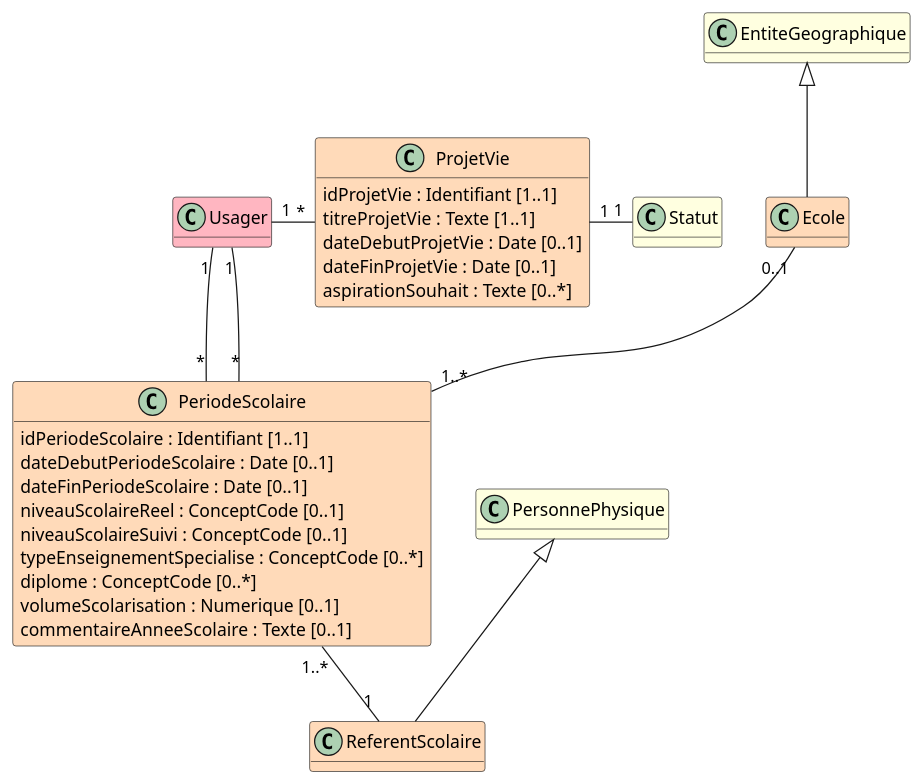
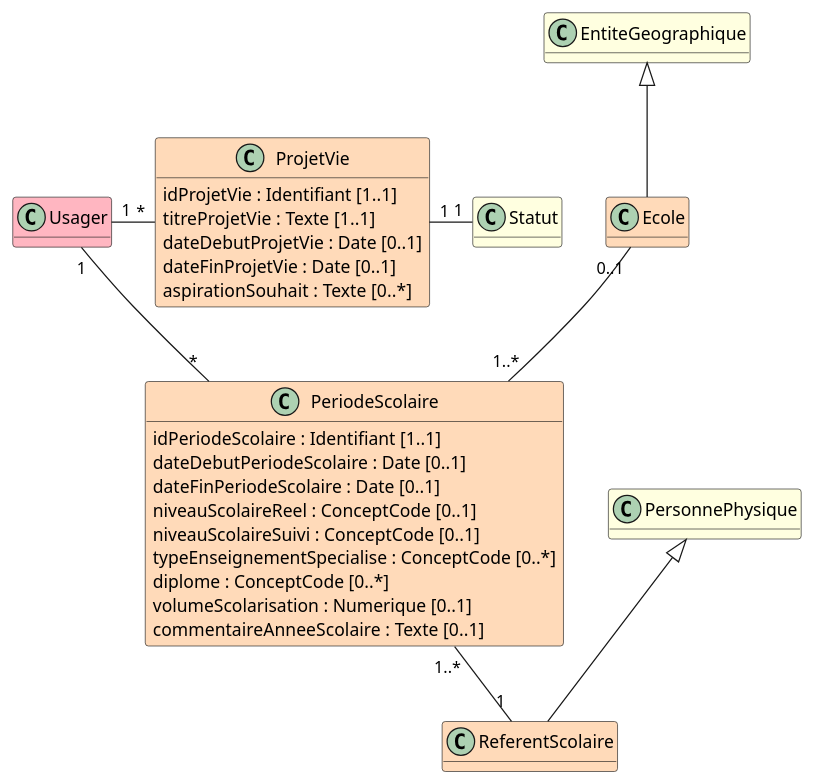
Before and after one commit to ansforge/IG-fhir-medicosocial-transfert-donnees-dui: the diagram in input/images-source/bloc_periode_scolaire.plantuml, drawn with PlantUML.

```diff
--- a/input/images-source/bloc_periode_scolaire.plantuml
+++ b/input/images-source/bloc_periode_scolaire.plantuml
@@ -1,50 +1,49 @@
 @startuml
 
 hide empty methods
 
 class Usager #LightPink
 
 
 class Statut #LightYellow 
 
 class PersonnePhysique #LightYellow
 
 class EntiteGeographique #LightYellow
 
 class PeriodeScolaire #PeachPuff {
     idPeriodeScolaire : Identifiant [1..1]
     dateDebutPeriodeScolaire : Date [0..1]
     dateFinPeriodeScolaire : Date [0..1]
     niveauScolaireReel : ConceptCode [0..1]
     niveauScolaireSuivi : ConceptCode [0..1]
     typeEnseignementSpecialise : ConceptCode [0..*]
     diplome : ConceptCode [0..*]
     volumeScolarisation : Numerique [0..1]
     commentaireAnneeScolaire : Texte [0..1]
 }
 
 
 class ProjetVie #PeachPuff {
     idProjetVie : Identifiant [1..1]
     titreProjetVie : Texte [1..1]
     dateDebutProjetVie : Date [0..1]
     dateFinProjetVie : Date [0..1]
     aspirationSouhait : Texte [0..*]
     }
 
 Usager "1" -- "*" PeriodeScolaire
 Usager "1" - "*" ProjetVie
 
 ProjetVie "1" - "1" Statut
 
 class ReferentScolaire #PeachPuff
 class Ecole #PeachPuff
 
 PersonnePhysique <|-- ReferentScolaire
 EntiteGeographique <|-- Ecole
-Usager "1" -- "*" PeriodeScolaire
 Ecole "0..1" -- "1..*" PeriodeScolaire
 PeriodeScolaire "1..*" -- "1" ReferentScolaire
 
 
 @enduml
```
